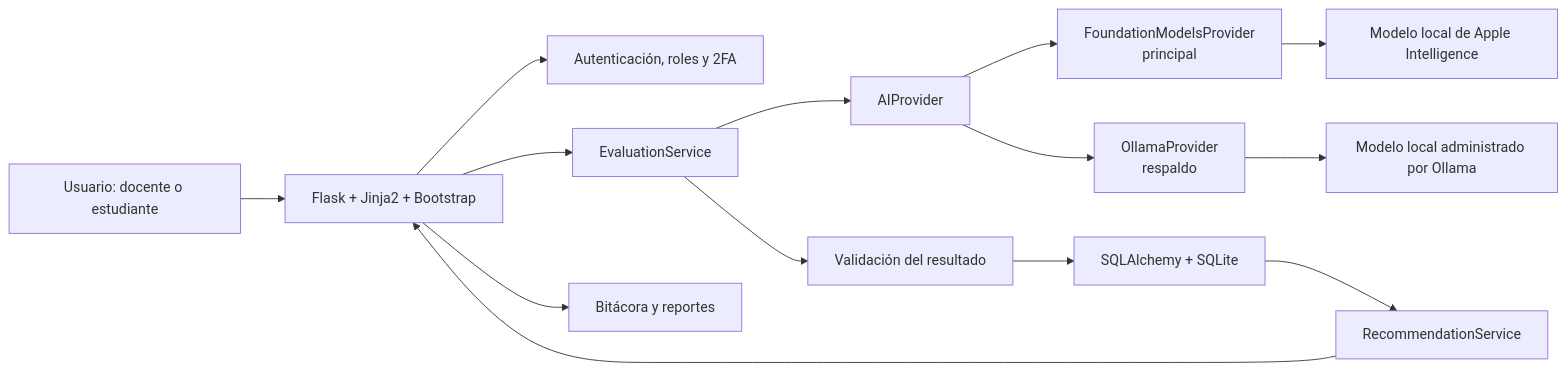
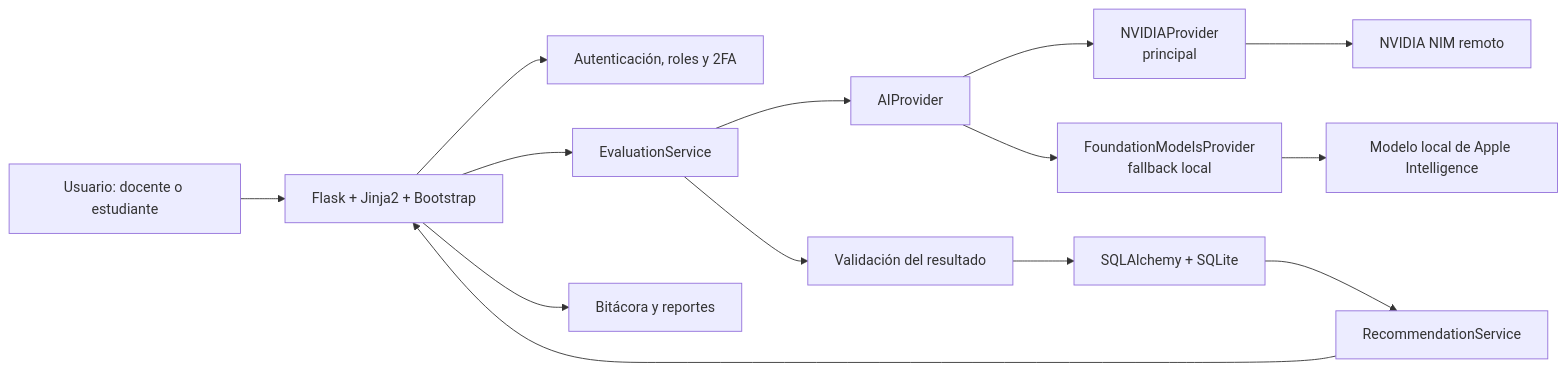
The first of 2 diagrams in Herramientas_desarrollo_software/Minuta_Decision_IA_FoundationModels_vs_Ollama.md (bash20cu/Universidad), drawn with Mermaid before and after one commit. The commit also changed other lines of this file and 18 other files, not shown here.

````diff
--- a/Herramientas_desarrollo_software/Minuta_Decision_IA_FoundationModels_vs_Ollama.md
+++ b/Herramientas_desarrollo_software/Minuta_Decision_IA_FoundationModels_vs_Ollama.md
@@ -102,16 +102,16 @@
 ```mermaid
 flowchart LR
     U["Usuario: docente o estudiante"] --> W["Flask + Jinja2 + Bootstrap"]
     W --> A["Autenticación, roles y 2FA"]
     W --> E["EvaluationService"]
     E --> P["AIProvider"]
-    P --> F["FoundationModelsProvider<br/>principal"]
-    P --> O["OllamaProvider<br/>respaldo"]
+    P --> N["NVIDIAProvider<br/>principal"]
+    P --> F["FoundationModelsProvider<br/>fallback local"]
+    N --> NM["NVIDIA NIM remoto"]
     F --> M["Modelo local de Apple Intelligence"]
-    O --> L["Modelo local administrado por Ollama"]
     E --> V["Validación del resultado"]
     V --> D["SQLAlchemy + SQLite"]
     D --> R["RecommendationService"]
     R --> W
     W --> B["Bitácora y reportes"]
 ```
````
